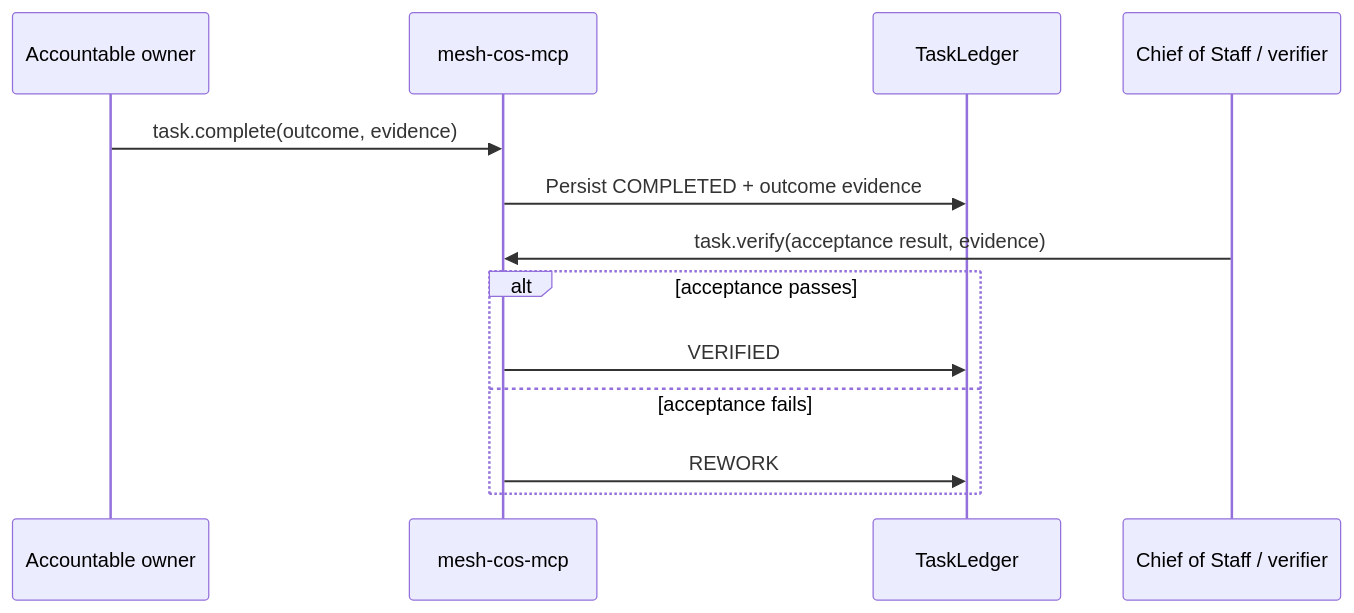
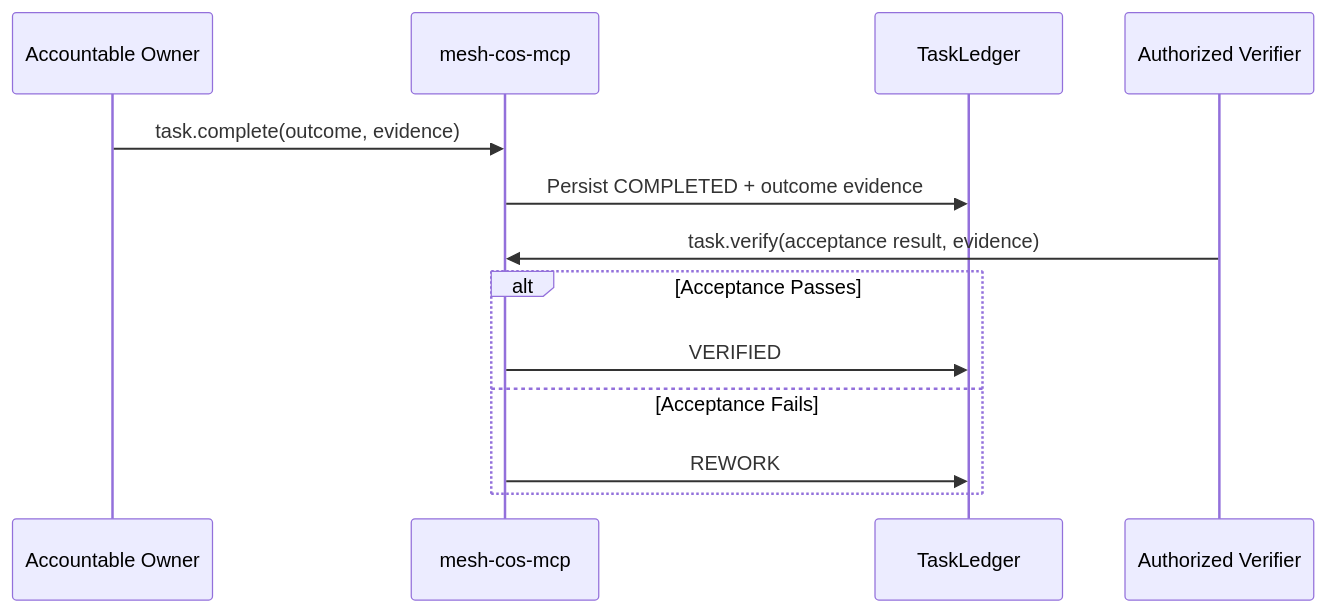
Before and after one commit to mkleinbe/mesh-ai-agent-cos-universe: the second of 3 diagrams in docs/production-readiness.md, drawn with Mermaid. The commit also changed other lines of this file, not shown here.

````diff
--- a/docs/production-readiness.md
+++ b/docs/production-readiness.md
@@ -90,16 +91,16 @@
 ```mermaid
 sequenceDiagram
-    participant O as Accountable owner
+    participant O as Accountable Owner
     participant M as mesh-cos-mcp
     participant L as TaskLedger
-    participant C as Chief of Staff / verifier
+    participant V as Authorized Verifier
 
     O->>M: task.complete(outcome, evidence)
     M->>L: Persist COMPLETED + outcome evidence
-    C->>M: task.verify(acceptance result, evidence)
-    alt acceptance passes
+    V->>M: task.verify(acceptance result, evidence)
+    alt Acceptance Passes
         M->>L: VERIFIED
-    else acceptance fails
+    else Acceptance Fails
         M->>L: REWORK
     end
 ```
````
